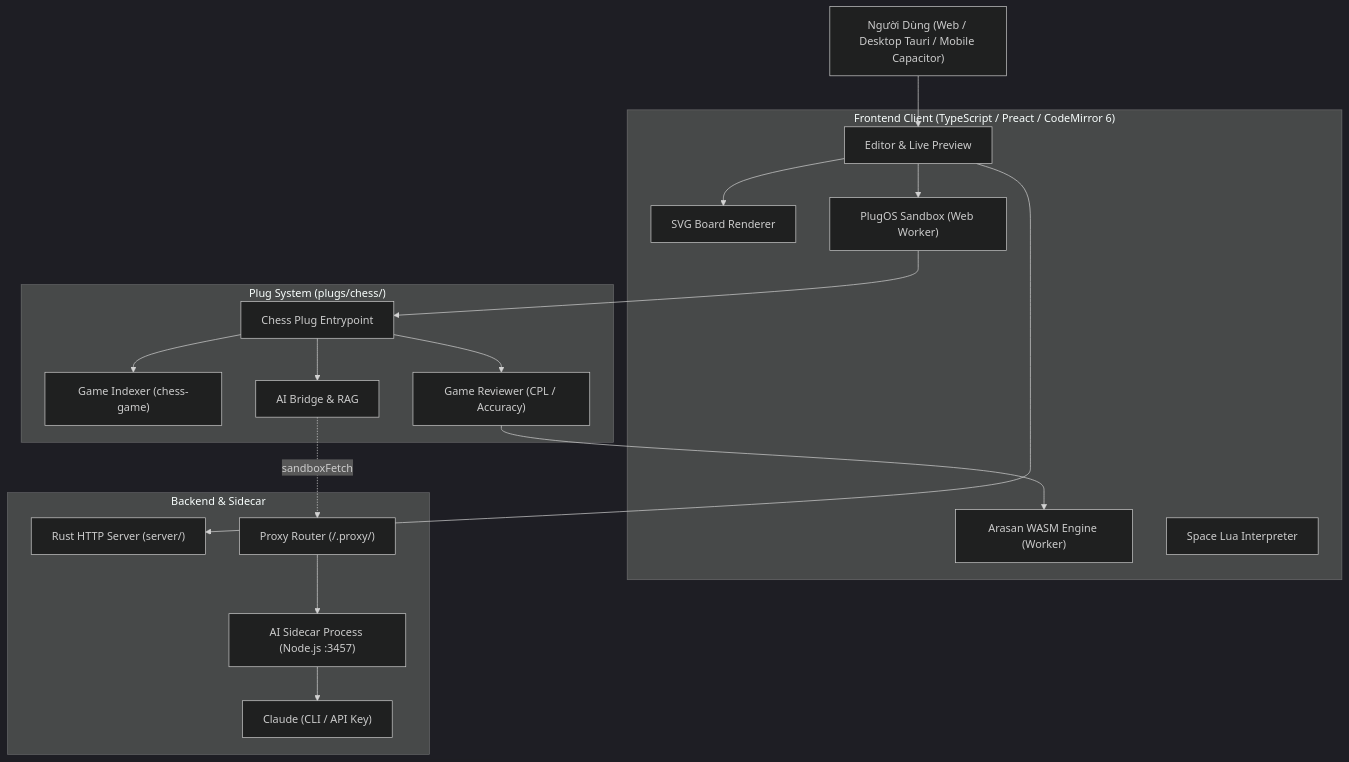
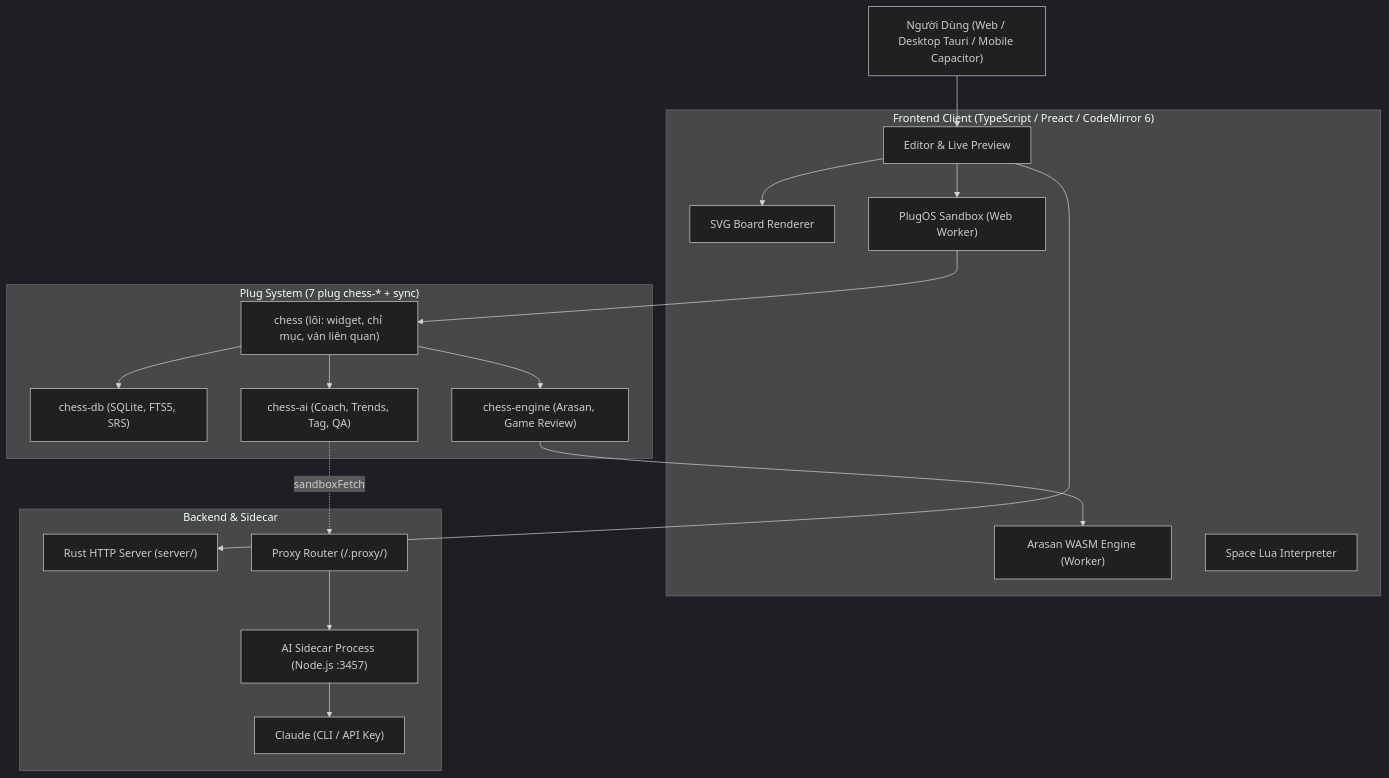
One commit to covuaduongsinh/chessnote changed the diagram in README.md. Above: the diagram before and after it, drawn with Mermaid (dark theme). The commit also changed other lines of this file and 22 other files, not shown here.

````diff
--- a/README.md
+++ b/README.md
@@ -35,39 +41,39 @@
 ```mermaid
 graph TD
     User["Người Dùng (Web / Desktop Tauri / Mobile Capacitor)"]
     
     subgraph Frontend["Frontend Client (TypeScript / Preact / CodeMirror 6)"]
         UI["Editor & Live Preview"]
         Board["SVG Board Renderer"]
         WasmWorker["Arasan WASM Engine (Worker)"]
         SpaceLua["Space Lua Interpreter"]
         PlugOS["PlugOS Sandbox (Web Worker)"]
     end
 
-    subgraph Plugs["Plug System (plugs/chess/)"]
-        ChessPlug["Chess Plug Entrypoint"]
-        GameIndexer["Game Indexer (chess-game)"]
-        Reviewer["Game Reviewer (CPL / Accuracy)"]
-        AIBidge["AI Bridge & RAG"]
+    subgraph Plugs["Plug System (7 plug chess-* + sync)"]
+        ChessPlug["chess (lõi: widget, chỉ mục, ván liên quan)"]
+        GameIndexer["chess-db (SQLite, FTS5, SRS)"]
+        Reviewer["chess-engine (Arasan, Game Review)"]
+        AIBidge["chess-ai (Coach, Trends, Tag, QA)"]
     end
 
     subgraph Backend["Backend & Sidecar"]
         RustServer["Rust HTTP Server (server/)"]
         Proxy["Proxy Router (/.proxy/)"]
         AISidecar["AI Sidecar Process (Node.js :3457)"]
         LLM["Claude (CLI / API Key)"]
     end
 
     User --> UI
     UI --> Board
     UI --> PlugOS
     PlugOS --> ChessPlug
     ChessPlug --> Reviewer
     Reviewer --> WasmWorker
     ChessPlug --> GameIndexer
     ChessPlug --> AIBidge
     AIBidge -.->|sandboxFetch| Proxy
     Proxy --> AISidecar
     AISidecar --> LLM
     UI --> RustServer
 ```
````
